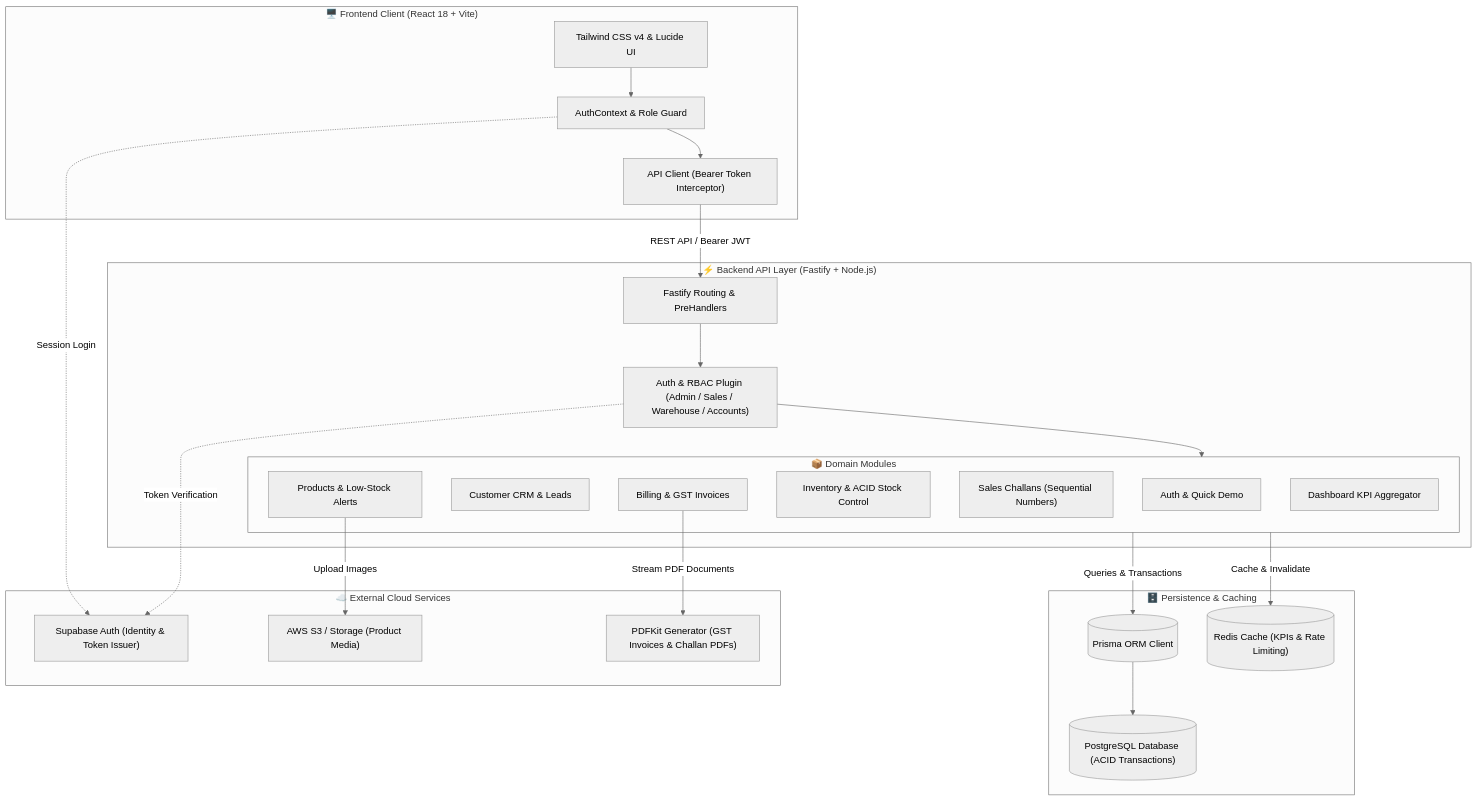
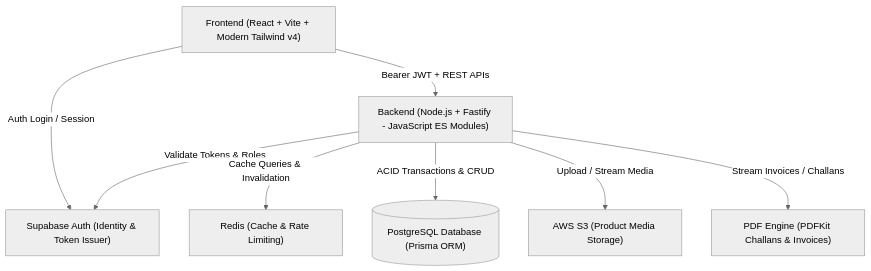
The diagram in README.md (Notreallyaryann/ApexERP), drawn with Mermaid (neutral theme) before and after one commit. The commit also changed other lines of this file and 2 other files, not shown here.

Commit message:
did some change

````diff
--- a/README.md
+++ b/README.md
@@ -23,49 +23,18 @@
 ```mermaid
-flowchart TB
-    subgraph ClientLayer["🖥️ Frontend Client (React 18 + Vite)"]
-        UI["Tailwind CSS v4 & Lucide UI"]
-        AuthCtx["AuthContext & Role Guard"]
-        AxiosClient["API Client (Bearer Token Interceptor)"]
-        UI --> AuthCtx --> AxiosClient
-    end
+graph TD
+    Client["Frontend (React + Vite + Modern Tailwind v4)"]
+    SupabaseAuth["Supabase Auth (Identity & Token Issuer)"]
+    FastifyAPI["Backend (Node.js + Fastify - JavaScript ES Modules)"]
+    Redis["Redis (Cache & Rate Limiting)"]
+    Postgres[("PostgreSQL Database (Prisma ORM)")]
+    S3["AWS S3 (Product Media Storage)"]
+    PDFGen["PDF Engine (PDFKit Challans & Invoices)"]
 
-    subgraph FastifyServer["⚡ Backend API Layer (Fastify + Node.js)"]
-        Router["Fastify Routing & PreHandlers"]
-        AuthPlugin["Auth & RBAC Plugin (Admin / Sales / Warehouse / Accounts)"]
-        
-        subgraph DomainModules["📦 Domain Modules"]
-            AuthMod["Auth & Quick Demo"]
-            CustMod["Customer CRM & Leads"]
-            ProdMod["Products & Low-Stock Alerts"]
-            InvMod["Inventory & ACID Stock Control"]
-            ChalMod["Sales Challans (Sequential Numbers)"]
-            InvDocMod["Billing & GST Invoices"]
-            DashMod["Dashboard KPI Aggregator"]
-        end
-
-        Router --> AuthPlugin --> DomainModules
-    end
-
-    subgraph DataCache["🗄️ Persistence & Caching"]
-        PrismaORM[("Prisma ORM Client")]
-        Postgres[("PostgreSQL Database (ACID Transactions)")]
-        RedisCache[("Redis Cache (KPIs & Rate Limiting)")]
-        
-        PrismaORM --> Postgres
-    end
-
-    subgraph ExternalServices["☁️ External Cloud Services"]
-        Supabase["Supabase Auth (Identity & Token Issuer)"]
-        S3Storage["AWS S3 / Storage (Product Media)"]
-        PDFGen["PDFKit Generator (GST Invoices & Challan PDFs)"]
-    end
-
-    %% Flow Connections
-    AxiosClient -->|REST API / Bearer JWT| Router
-    AuthCtx -.->|Session Login| Supabase
-    AuthPlugin -.->|Token Verification| Supabase
-    DomainModules -->|Queries & Transactions| PrismaORM
-    DomainModules -->|Cache & Invalidate| RedisCache
-    ProdMod -->|Upload Images| S3Storage
-    InvDocMod -->|Stream PDF Documents| PDFGen
+    Client -->|Auth Login / Session| SupabaseAuth
+    Client -->|Bearer JWT + REST APIs| FastifyAPI
+    FastifyAPI -->|Validate Tokens & Roles| SupabaseAuth
+    FastifyAPI -->|Cache Queries & Invalidation| Redis
+    FastifyAPI -->|ACID Transactions & CRUD| Postgres
+    FastifyAPI -->|Upload / Stream Media| S3
+    FastifyAPI -->|Stream Invoices / Challans| PDFGen
 ```
````
